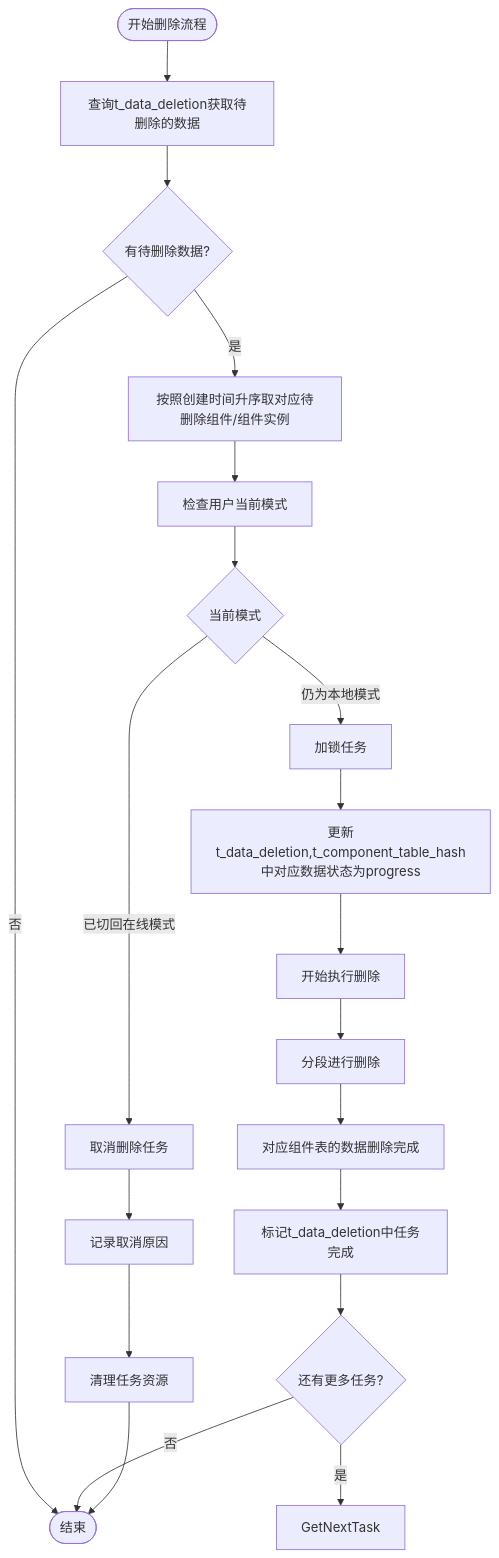
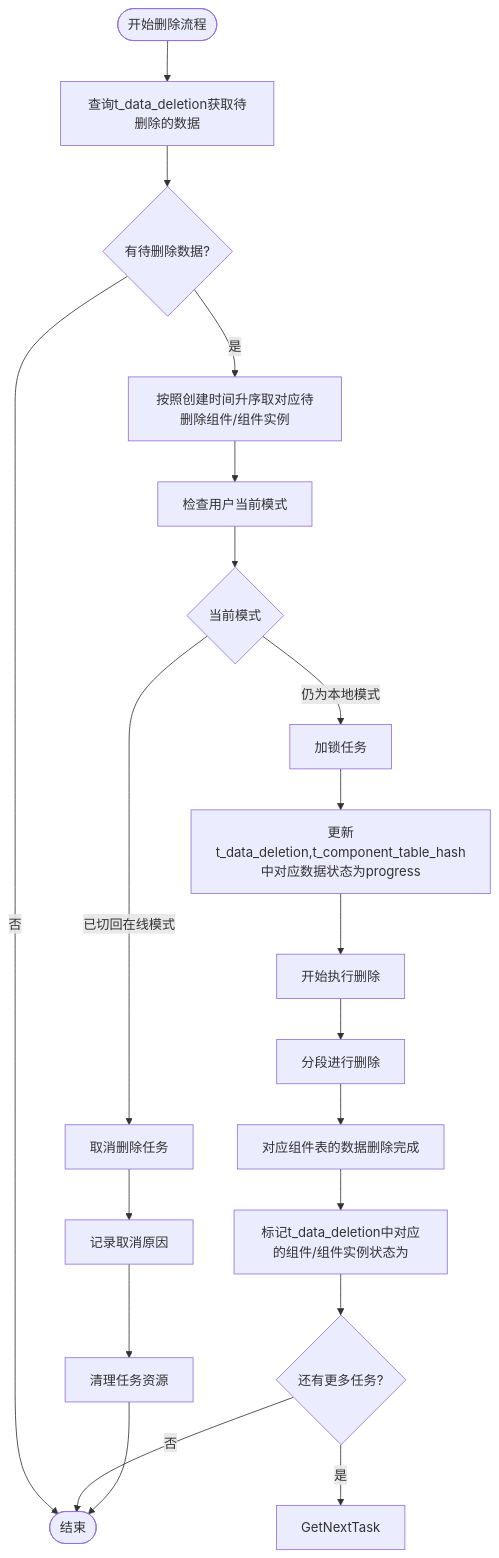
The diagram in all/未命名-51.md (yingjianzh/iodraw-files), drawn with Mermaid before and after one commit.

Commit message:
2025-05-08 15:32:38 update

````diff
--- a/all/未命名-51.md
+++ b/all/未命名-51.md
@@ -1,31 +1,31 @@
 ```mermaid
 flowchart TD
     Start([开始删除流程]) --> FetchTasks[查询t_data_deletion获取待删除的数据]
     FetchTasks --> HasTasks{有待删除数据?}
     
     HasTasks -->|否| End([结束])
     HasTasks -->|是| PrioritizeTasks[按照创建时间升序取对应待删除组件/组件实例]
     
     PrioritizeTasks --> CheckUserMode[检查用户当前模式]
     
     CheckUserMode --> CurrentMode{当前模式}
     CurrentMode -->|已切回在线模式| TaskCancel[取消删除任务]
     CurrentMode -->|仍为本地模式| LockTask[加锁任务]
     
     LockTask --> UpdateStatus[更新t_data_deletion,t_component_table_hash中对应数据状态为progress]
     UpdateStatus --> BeginDeletion[开始执行删除]
     
     BeginDeletion --> A[分段进行删除]
     
     A --> B[对应组件表的数据删除完成]
-    B --> MarkCompleted[标记t_data_deletion中任务完成]
+    B --> MarkCompleted[标记t_data_deletion中对应的组件/组件实例状态为]
     
     TaskCancel --> LogCancellation[记录取消原因]
     LogCancellation --> CleanupTask[清理任务资源]
     
     MarkCompleted --> CheckMoreTasks{还有更多任务?}
     CheckMoreTasks -->|是| GetNextTask
     CheckMoreTasks -->|否| End
     
     CleanupTask --> End
 ```
````
